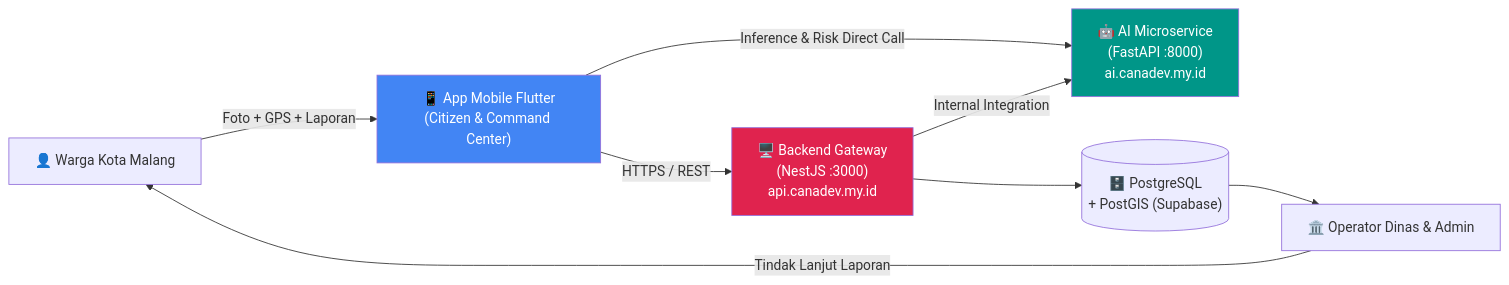
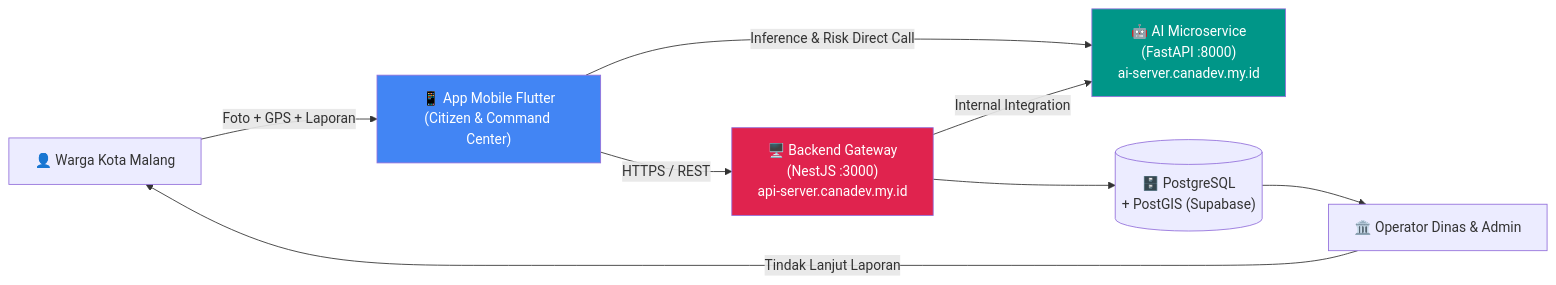
One commit to elzidanee/laporkita changed the first of 2 diagrams in README.md. Above: the diagram before and after it, drawn with Mermaid. The commit also changed other lines of this file and 3 other files, not shown here.

Commit message:
chore: update backend and AI service domain URLs to use server subdomains

````diff
--- a/README.md
+++ b/README.md
@@ -47,21 +47,21 @@
 ```mermaid
 graph LR
     Warga["👤 Warga Kota Malang"]
     Flutter["📱 App Mobile Flutter\n(Citizen & Command Center)"]
-    NestJS["🖥️ Backend Gateway\n(NestJS :3000)\napi.canadev.my.id"]
-    FastAPI["🤖 AI Microservice\n(FastAPI :8000)\nai.canadev.my.id"]
+    NestJS["🖥️ Backend Gateway\n(NestJS :3000)\napi-server.canadev.my.id"]
+    FastAPI["🤖 AI Microservice\n(FastAPI :8000)\nai-server.canadev.my.id"]
     DB[("🗄️ PostgreSQL\n+ PostGIS (Supabase)")]
     Gov["🏛️ Operator Dinas & Admin"]
 
     Warga -->|"Foto + GPS + Laporan"| Flutter
     Flutter -->|"HTTPS / REST"| NestJS
     Flutter -->|"Inference & Risk Direct Call"| FastAPI
     NestJS -->|"Internal Integration"| FastAPI
     NestJS --> DB
     DB --> Gov
     Gov -->|"Tindak Lanjut Laporan"| Warga
 
     style Flutter fill:#4285F4,color:#fff
     style NestJS fill:#E0234E,color:#fff
     style FastAPI fill:#009688,color:#fff
 ```
````
